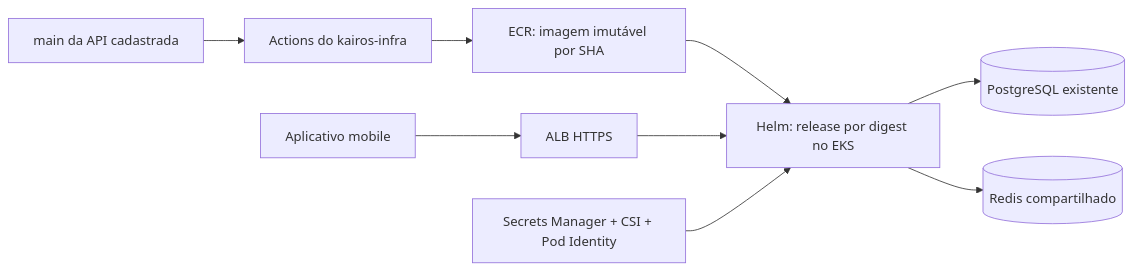
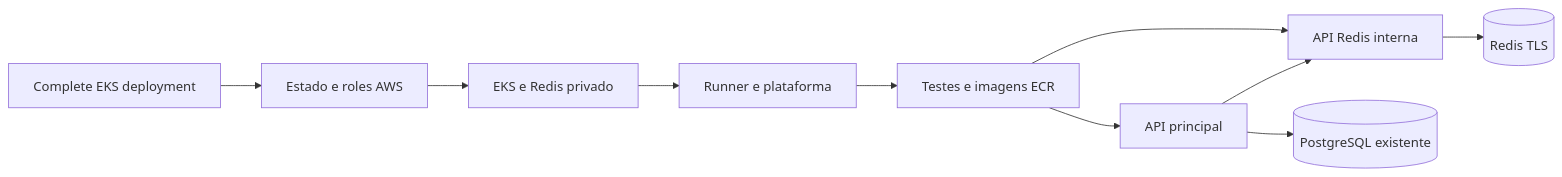
One commit to KairosApplication/kairos-infra changed the diagram in README.md. Above: the diagram before and after it, drawn with Mermaid. The commit also changed other lines of this file and 33 other files, not shown here.

Commit message:
feat(infra): automate full EKS pipeline and private Redis API

````diff
--- a/README.md
+++ b/README.md
@@ -20,11 +35,12 @@
 ```mermaid
 flowchart LR
-  Source[main da API cadastrada] --> Build[Actions do kairos-infra]
-  Build --> ECR[ECR: imagem imutável por SHA]
-  ECR --> EKS[Helm: release por digest no EKS]
-  Mobile[Aplicativo mobile] --> ALB[ALB HTTPS]
-  ALB --> EKS
-  EKS --> DB[(PostgreSQL existente)]
-  EKS --> Redis[(Redis compartilhado)]
-  Secrets[Secrets Manager + CSI + Pod Identity] --> EKS
+  Run[Complete EKS deployment] --> Bootstrap[Estado e roles AWS]
+  Bootstrap --> Infra[EKS e Redis privado]
+  Infra --> Runner[Runner e plataforma]
+  Runner --> Build[Testes e imagens ECR]
+  Build --> Mobile[API principal]
+  Build --> Data[API Redis interna]
+  Mobile --> Data
+  Data --> Redis[(Redis TLS)]
+  Mobile --> DB[(PostgreSQL existente)]
 ```
````
